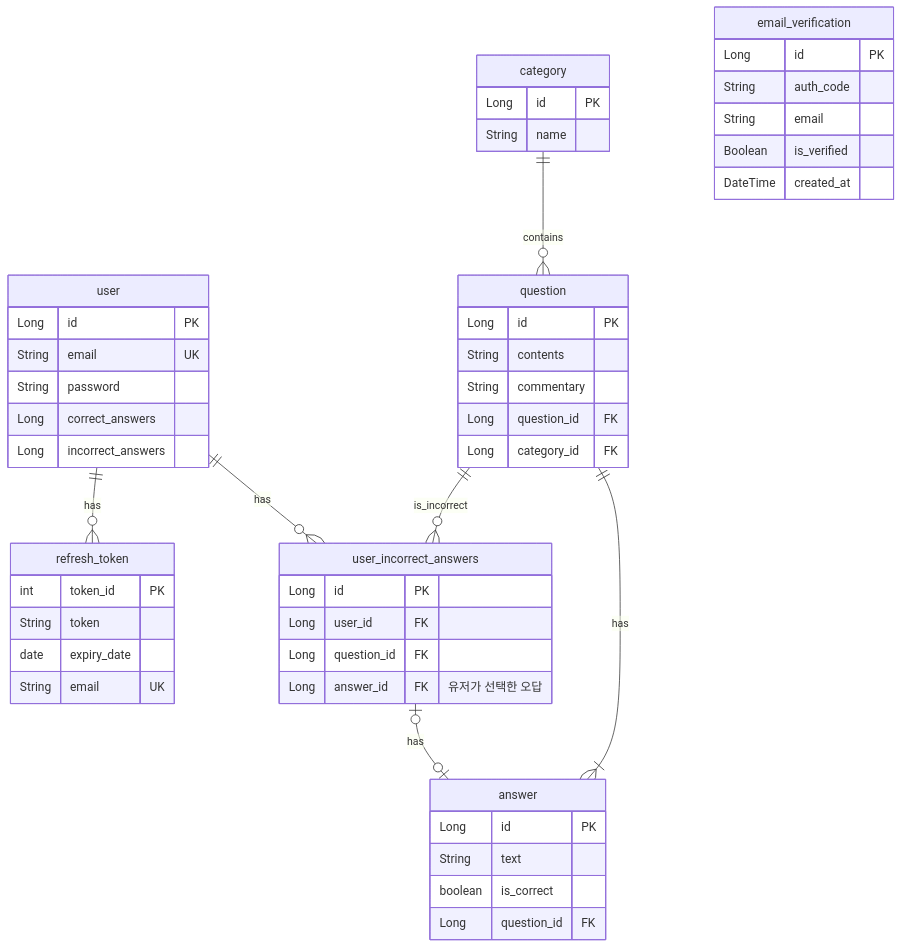
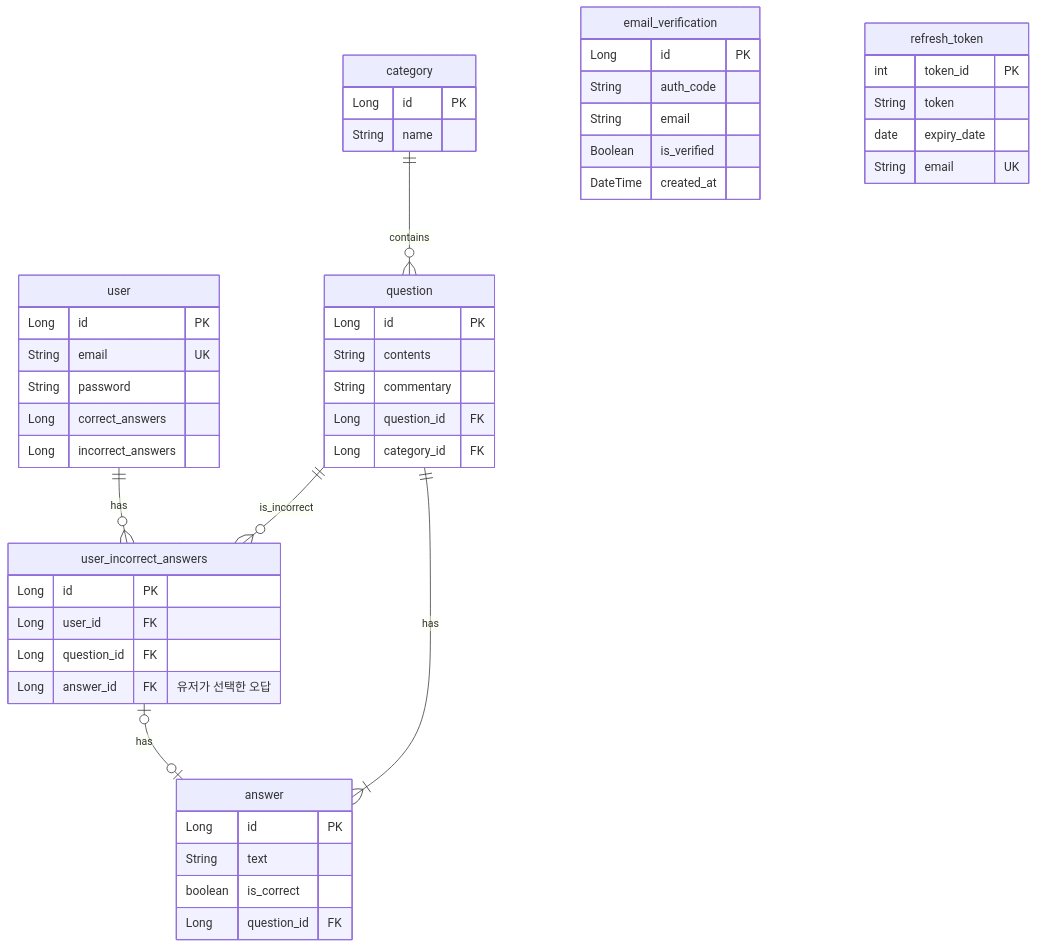
Before and after one commit to Q-int/Qint_Backend: the diagram in README.md, drawn with Mermaid.

Commit message:
docs: refresh_token와 user의 연관관계 제거

````diff
--- a/README.md
+++ b/README.md
@@ -3,59 +3,58 @@
 ```mermaid
 erDiagram
     user {
         Long id PK
         String email UK
         String password
         Long correct_answers
         Long incorrect_answers
     }
 
     category {
         Long id PK
         String name
     }
 
     question {
         Long id PK
         String contents
         String commentary
         Long question_id FK
         Long category_id FK
     }
     
     answer {
         Long id PK
         String text
         boolean is_correct
         Long question_id FK
     }
 
     user_incorrect_answers {
         Long id PK
         Long user_id FK
         Long question_id FK
         Long answer_id FK "유저가 선택한 오답"
     }
 
     email_verification {
         Long id PK
         String auth_code
         String email
         Boolean is_verified
         DateTime created_at
     }
 
     refresh_token {
         int token_id PK
         String token
         date expiry_date
         String email UK
     }
 
     user ||--o{ user_incorrect_answers : has
-    user ||--o{ refresh_token : has
     category ||--o{ question : contains
     question ||--|{ answer : has
     question ||--o{ user_incorrect_answers : is_incorrect
     user_incorrect_answers |o--o| answer : has
 ```
````
